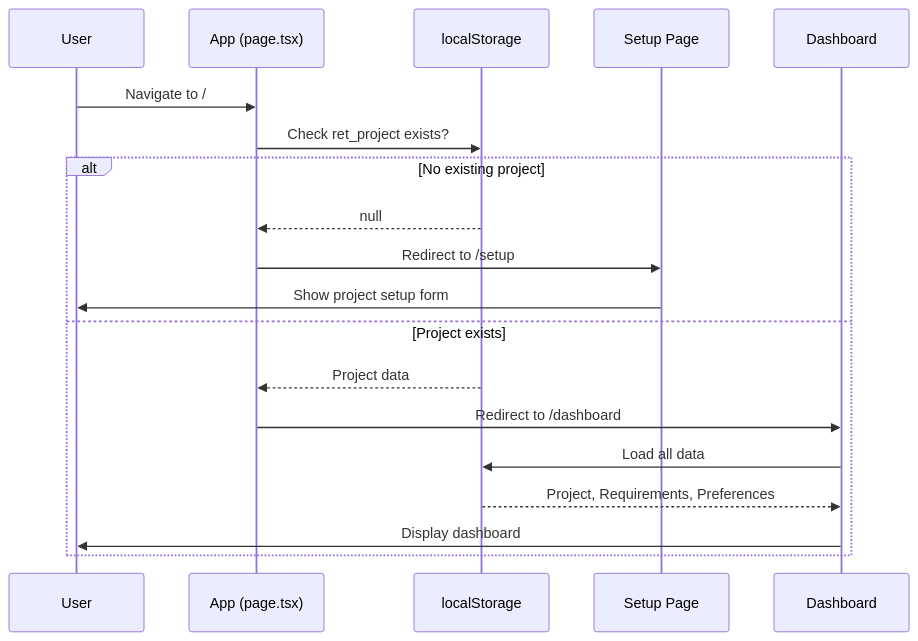
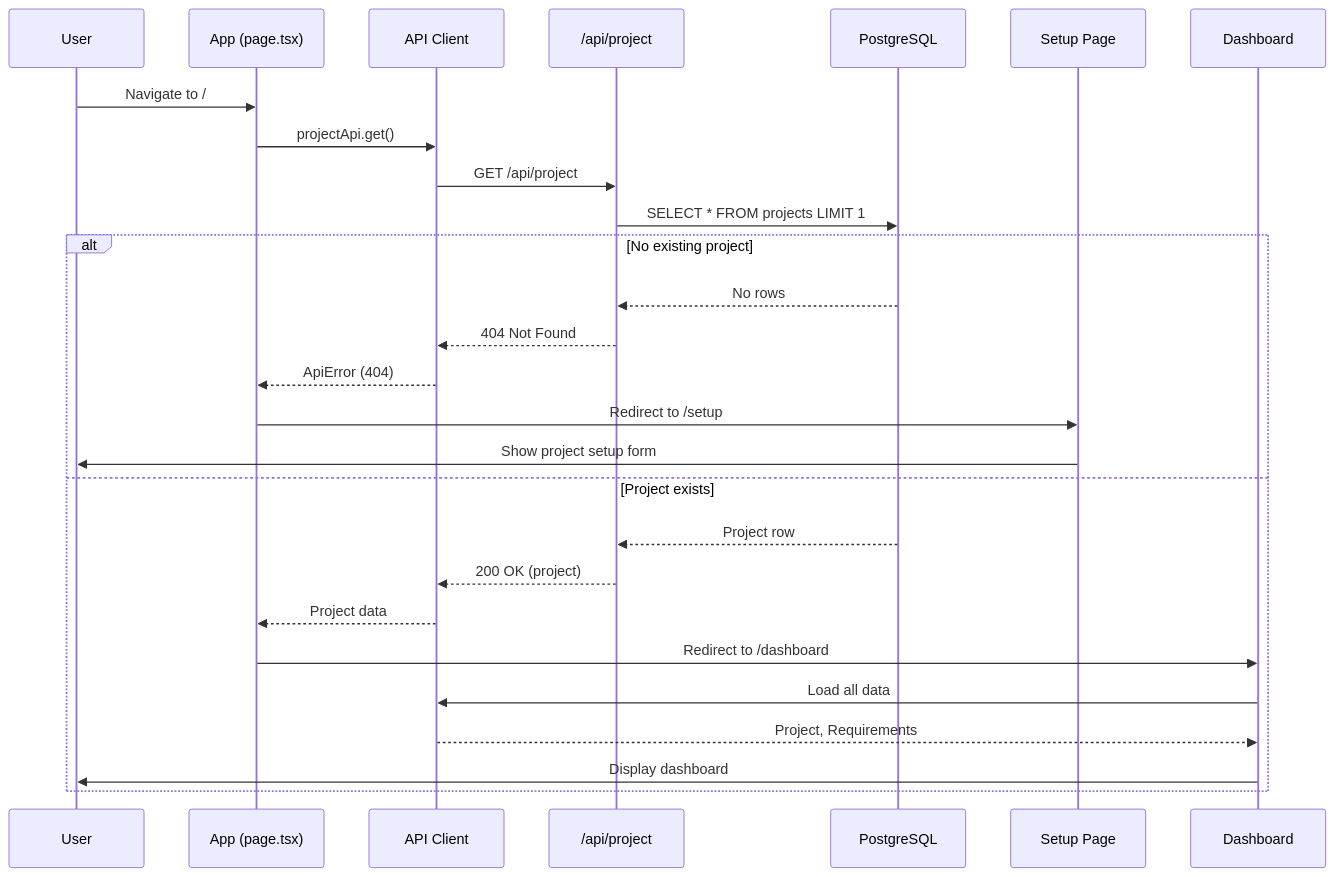
The first of 14 diagrams in docs/technical-spec.md (FirstRe/AIFIRST), drawn with Mermaid before and after one commit. The commit also changed other lines of this file and 36 other files, not shown here.

````diff
--- a/docs/technical-spec.md
+++ b/docs/technical-spec.md
@@ -496,23 +812,31 @@
 ```mermaid
 sequenceDiagram
     participant User as User
     participant App as App (page.tsx)
-    participant Storage as localStorage
+    participant API as API Client
+    participant Backend as /api/project
+    participant DB as PostgreSQL
     participant Setup as Setup Page
     participant Dashboard as Dashboard
 
     User->>App: Navigate to /
-    App->>Storage: Check ret_project exists?
+    App->>API: projectApi.get()
+    API->>Backend: GET /api/project
+    Backend->>DB: SELECT * FROM projects LIMIT 1
 
     alt No existing project
-        Storage-->>App: null
+        DB-->>Backend: No rows
+        Backend-->>API: 404 Not Found
+        API-->>App: ApiError (404)
         App->>Setup: Redirect to /setup
         Setup->>User: Show project setup form
     else Project exists
-        Storage-->>App: Project data
+        DB-->>Backend: Project row
+        Backend-->>API: 200 OK (project)
+        API-->>App: Project data
         App->>Dashboard: Redirect to /dashboard
-        Dashboard->>Storage: Load all data
-        Storage-->>Dashboard: Project, Requirements, Preferences
+        Dashboard->>API: Load all data
+        API-->>Dashboard: Project, Requirements
         Dashboard->>User: Display dashboard
     end
 ```
````
